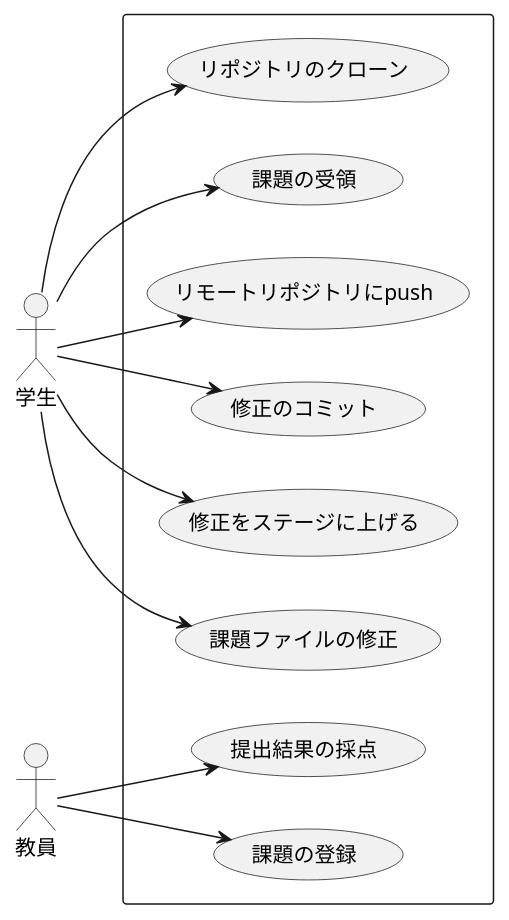
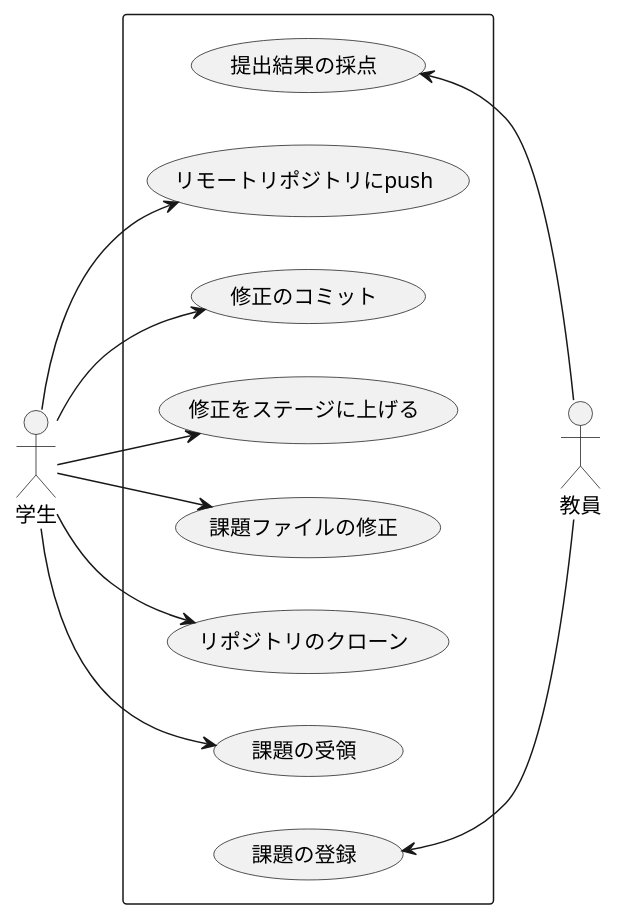
Before and after one commit to DCS-1-301-02-2026/graph-G684932026: the third of 4 diagrams in exercise.md, drawn with PlantUML. The commit also changed other lines of this file and 1 other file, not shown here.

Commit message:
提出

````diff
--- a/exercise.md
+++ b/exercise.md
@@ -54,26 +55,27 @@
 ```plantUML
 @startuml ex03
 left to right direction
 actor 学生 as student
 actor 教員 as teacher
 rectangle {
     usecase 提出結果の採点 as uc8
     usecase リモートリポジトリにpush as uc7
     usecase 修正のコミット as uc6
     usecase 修正をステージに上げる as uc5
     usecase 課題ファイルの修正 as uc4
     usecase リポジトリのクローン as uc3
     usecase "課題の受領" as uc2
     usecase 課題の登録 as uc1
 
 }
+uc1 <-- teacher
 student --> uc2
 student --> uc6
 student --> uc4
 student --> uc5
 student --> uc7
 student --> uc3
-teacher --> uc1
-teacher --> uc8
+uc8 <-- teacher
+
 @enduml
 ```
````
